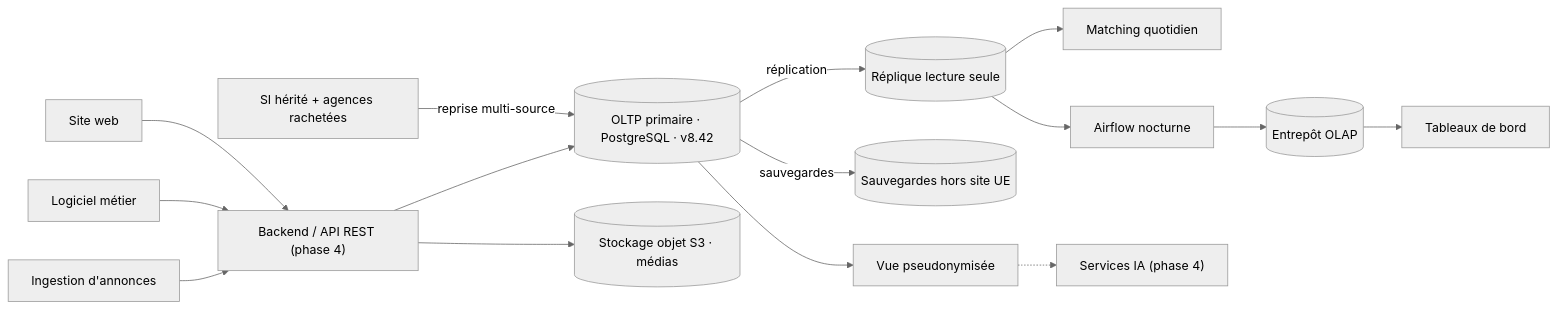
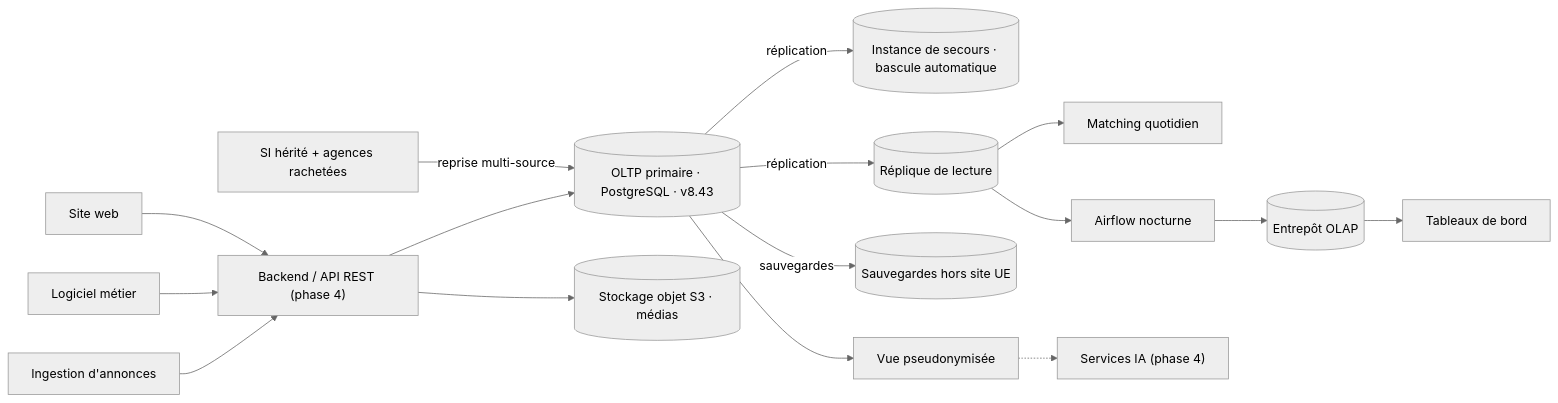
Before and after one commit to Fil-Rouge-Big-Data/Fil-Rouge-EISI-Data-IA-26-D04-StarterPack: the diagram in livrables/documentation/architecture/dossier-architecture-cible.md, drawn with Mermaid (neutral theme). The commit also changed other lines of this file and 5 other files, not shown here.

First line of the commit message:
docs: revue d'Angeline sur la PR #17 (points B, D, E, F) - étude v3.3, dossier d'architecture v1.2

````diff
--- a/livrables/documentation/architecture/dossier-architecture-cible.md
+++ b/livrables/documentation/architecture/dossier-architecture-cible.md
@@ -14,16 +15,17 @@
 ```mermaid
 flowchart LR
     LEG["SI hérité + agences rachetées"] -- "reprise multi-source" --> P
     W["Site web"] --> API
     L["Logiciel métier"] --> API
     ING["Ingestion d'annonces"] --> API
-    API["Backend / API REST (phase 4)"] --> P[("OLTP primaire · PostgreSQL · v8.42")]
+    API["Backend / API REST (phase 4)"] --> P[("OLTP primaire · PostgreSQL · v8.43")]
     API --> OBJ[("Stockage objet S3 · médias")]
-    P -- "réplication" --> R[("Réplique lecture seule")]
+    P -- "réplication" --> SEC[("Instance de secours · bascule automatique")]
+    P -- "réplication" --> R[("Réplique de lecture")]
     P -- "sauvegardes" --> B[("Sauvegardes hors site UE")]
     R --> MATCH["Matching quotidien"]
     R --> AF["Airflow nocturne"]
     AF --> DW[("Entrepôt OLAP")]
     DW --> BI["Tableaux de bord"]
     P --> V["Vue pseudonymisée"] -.-> IA["Services IA (phase 4)"]
 ```
````
